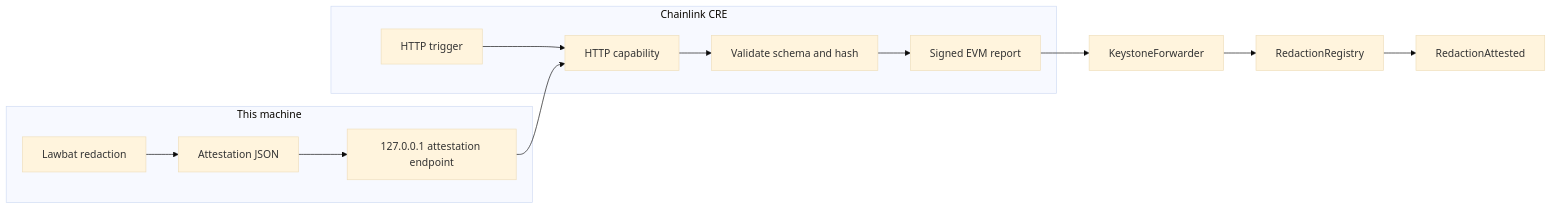
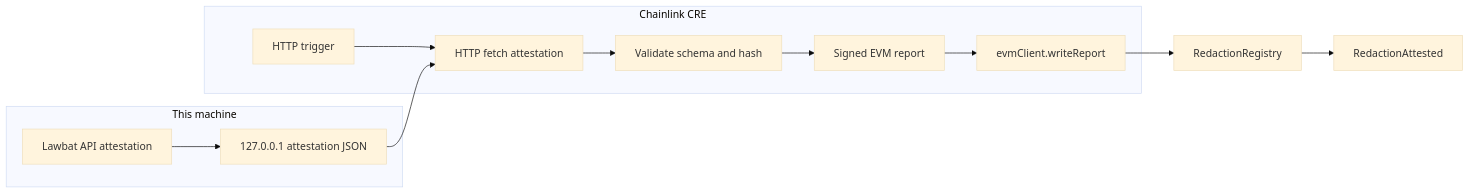
The diagram in README.md (wenbinio/lawbat), drawn with Mermaid (base theme) before and after one commit. The commit also changed other lines of this file and 3 other files, not shown here.

````diff
--- a/README.md
+++ b/README.md
@@ -97,20 +124,19 @@
 ```mermaid
 flowchart LR
   subgraph machine [This machine]
-    App[Lawbat redaction]
-    Att[Attestation JSON]
-    Http[127.0.0.1 attestation endpoint]
-    App --> Att --> Http
+    App[Lawbat API attestation]
+    Http["127.0.0.1 attestation JSON"]
+    App --> Http
   end
   subgraph cre [Chainlink CRE]
     Trig[HTTP trigger]
-    Fetch[HTTP capability]
+    Fetch[HTTP fetch attestation]
     Check[Validate schema and hash]
     Report[Signed EVM report]
-    Trig --> Fetch --> Check --> Report
+    Write[evmClient.writeReport]
+    Trig --> Fetch --> Check --> Report --> Write
   end
   Http --> Fetch
-  Report --> Fwd[KeystoneForwarder]
-  Fwd --> Reg[RedactionRegistry]
+  Write --> Reg[RedactionRegistry]
   Reg --> Ev[RedactionAttested]
 ```
````
